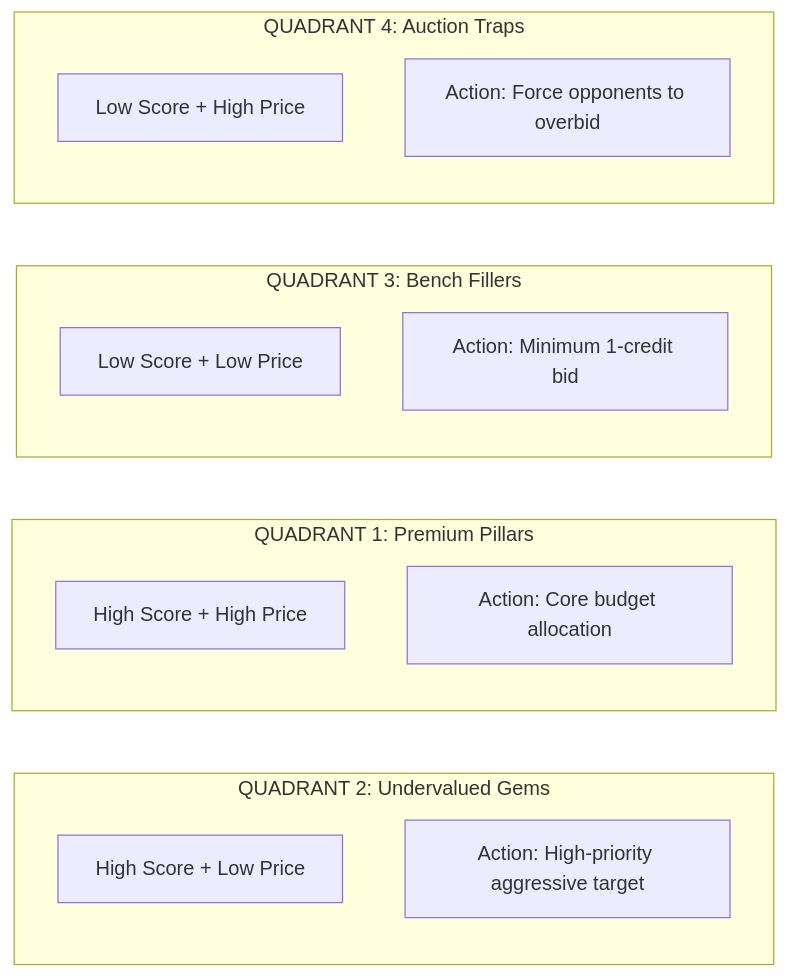
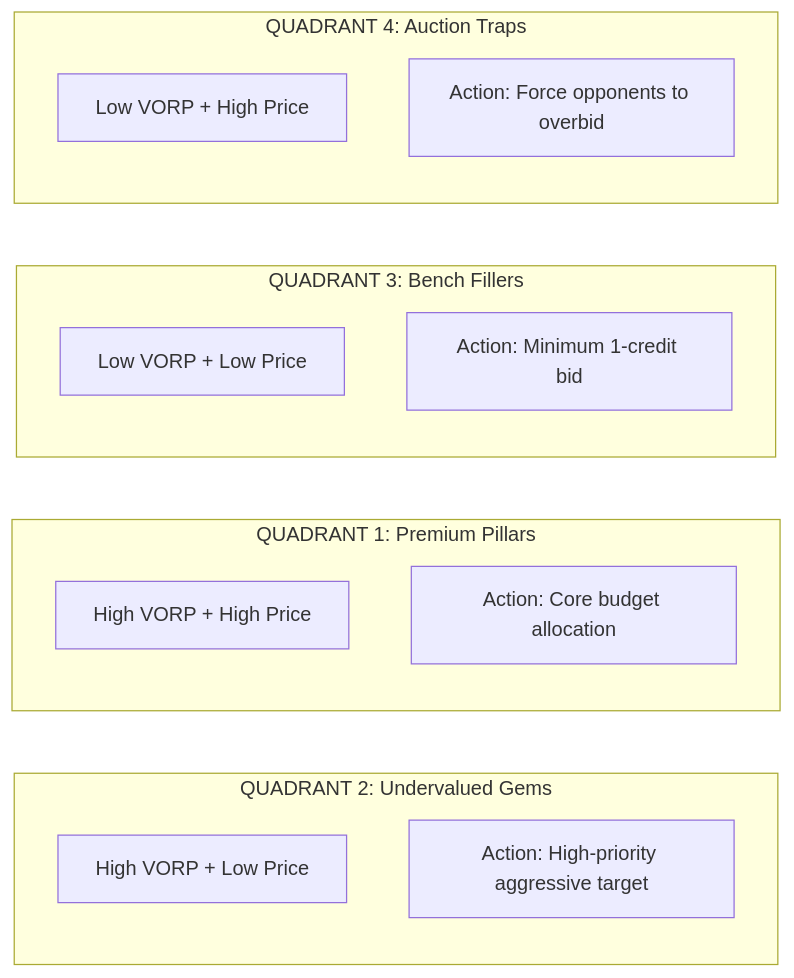
Before and after one commit to spectrelabo/fanta-lab: the third of 3 diagrams in README.md, drawn with Mermaid. The commit also changed other lines of this file and 7 other files, not shown here.

````diff
--- a/README.md
+++ b/README.md
@@ -181,22 +149,22 @@
 ```mermaid
 flowchart LR
     subgraph Q2_Box ["QUADRANT 2: Undervalued Gems"]
-        Q2_T["High Score + Low Price"]
+        Q2_T["High VORP + Low Price"]
         Q2_A["Action: High-priority aggressive target"]
     end
 
     subgraph Q1_Box ["QUADRANT 1: Premium Pillars"]
-        Q1_T["High Score + High Price"]
+        Q1_T["High VORP + High Price"]
         Q1_A["Action: Core budget allocation"]
     end
 
     subgraph Q3_Box ["QUADRANT 3: Bench Fillers"]
-        Q3_T["Low Score + Low Price"]
+        Q3_T["Low VORP + Low Price"]
         Q3_A["Action: Minimum 1-credit bid"]
     end
 
     subgraph Q4_Box ["QUADRANT 4: Auction Traps"]
-        Q4_T["Low Score + High Price"]
+        Q4_T["Low VORP + High Price"]
         Q4_A["Action: Force opponents to overbid"]
     end
 ```
````
